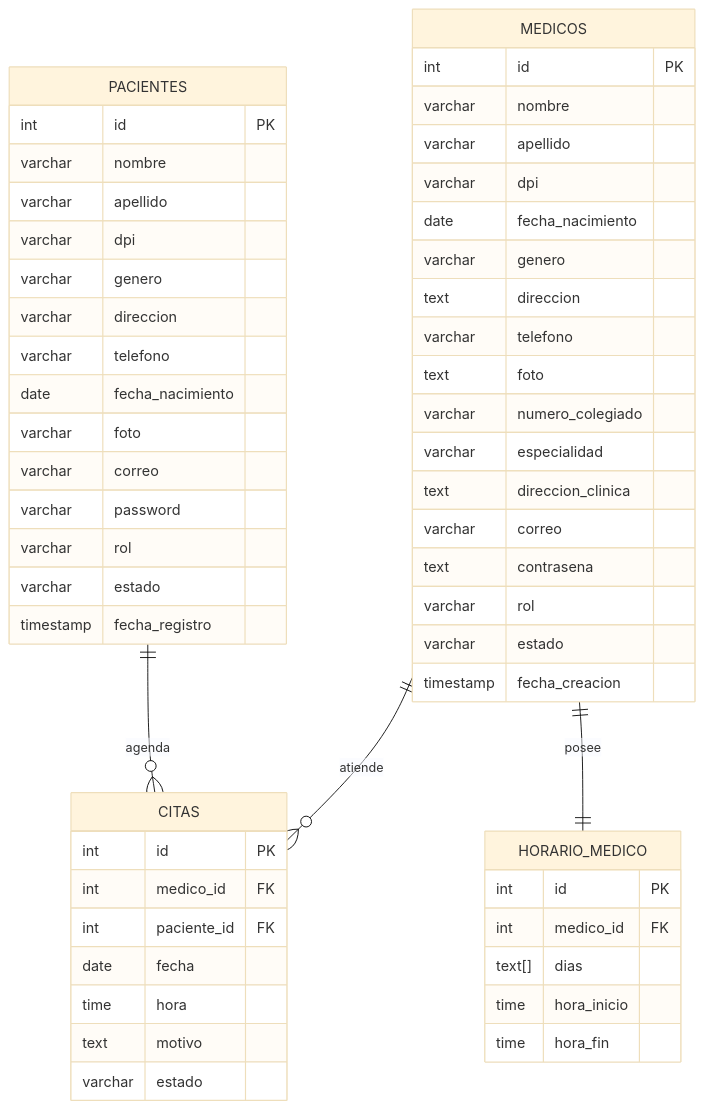
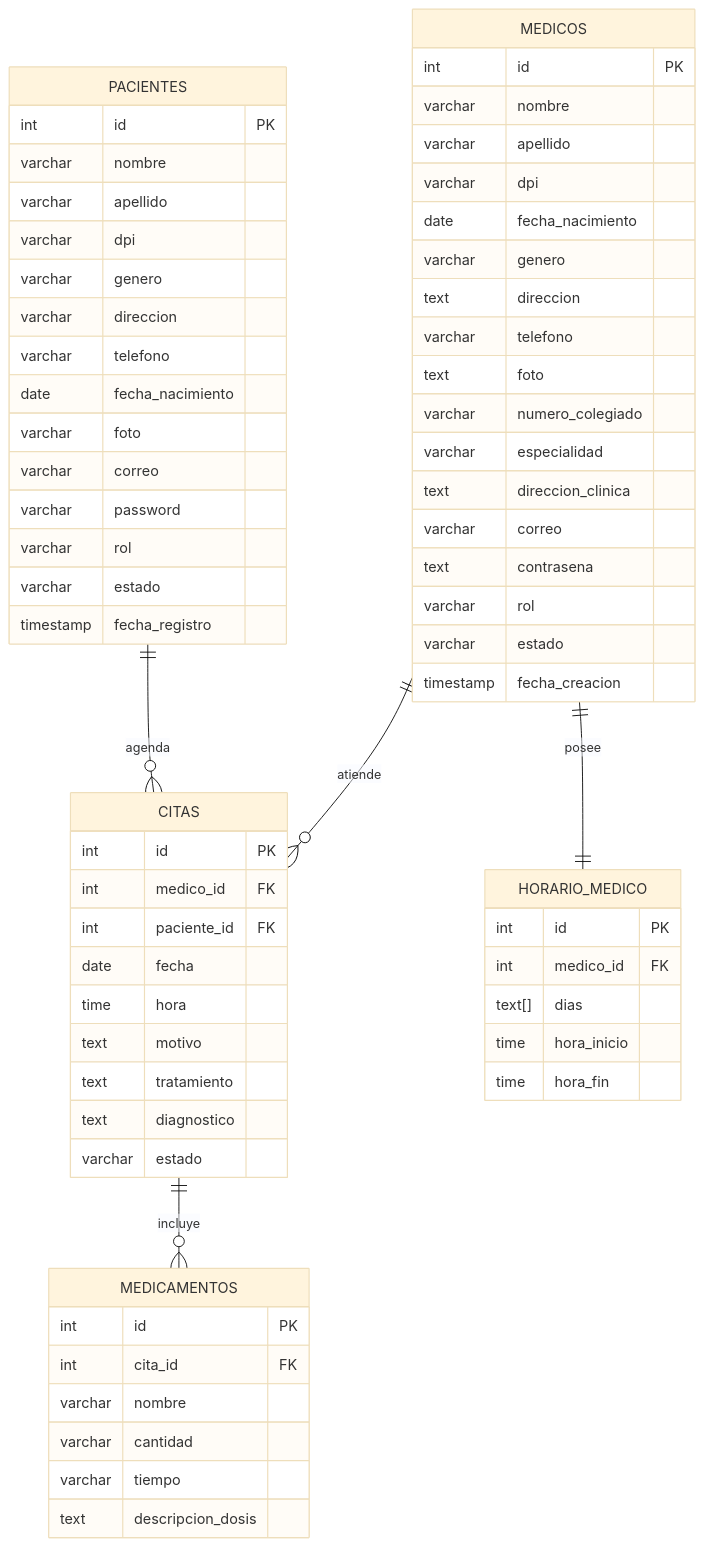
The diagram in Documentacion/diagrama_er.md (MarceJua/AYD1-Fase1S2026_SeccionB_G2), drawn with Mermaid (base theme) before and after one commit. The commit also changed other lines of this file and 10 other files, not shown here.

Commit message:
feat: aniade e implementa estructura para tratamientos medicos. - aniade historia de ususaio HU-203 con estructura de tratamientos y documentacion, actualiza el er y la informacion de la base de datos para incluir medicamente y relaciones

````diff
--- a/Documentacion/diagrama_er.md
+++ b/Documentacion/diagrama_er.md
@@ -18,61 +19,73 @@
 ```mermaid
 erDiagram
     PACIENTES ||--o{ CITAS : "agenda"
     MEDICOS   ||--o{ CITAS : "atiende"
     MEDICOS   ||--|| HORARIO_MEDICO : "posee"
+    CITAS     ||--o{ MEDICAMENTOS : "incluye"
 
     PACIENTES {
         int id PK
         varchar nombre
         varchar apellido
         varchar dpi
         varchar genero
         varchar direccion
         varchar telefono
         date fecha_nacimiento
         varchar foto
         varchar correo
         varchar password
         varchar rol
         varchar estado
         timestamp fecha_registro
     }
 
     MEDICOS {
         int id PK
         varchar nombre
         varchar apellido
         varchar dpi
         date fecha_nacimiento
         varchar genero
         text direccion
         varchar telefono
         text foto
         varchar numero_colegiado
         varchar especialidad
         text direccion_clinica
         varchar correo
         text contrasena
         varchar rol
         varchar estado
         timestamp fecha_creacion
     }
 
     CITAS {
         int id PK
         int medico_id FK
         int paciente_id FK
         date fecha
         time hora
         text motivo
+        text tratamiento
+        text diagnostico
         varchar estado
     }
 
     HORARIO_MEDICO {
         int id PK
         int medico_id FK
         text[] dias
         time hora_inicio
         time hora_fin
     }
+
+    MEDICAMENTOS {
+        int id PK
+        int cita_id FK
+        varchar nombre
+        varchar cantidad
+        varchar tiempo
+        text descripcion_dosis
+    }
 ```
````
